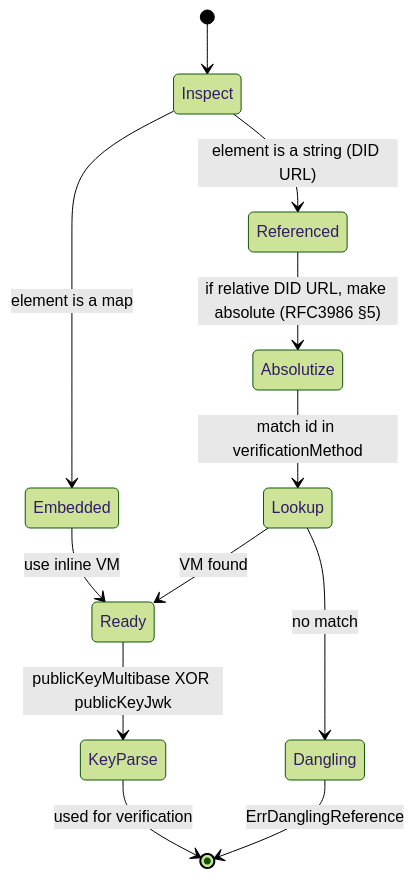
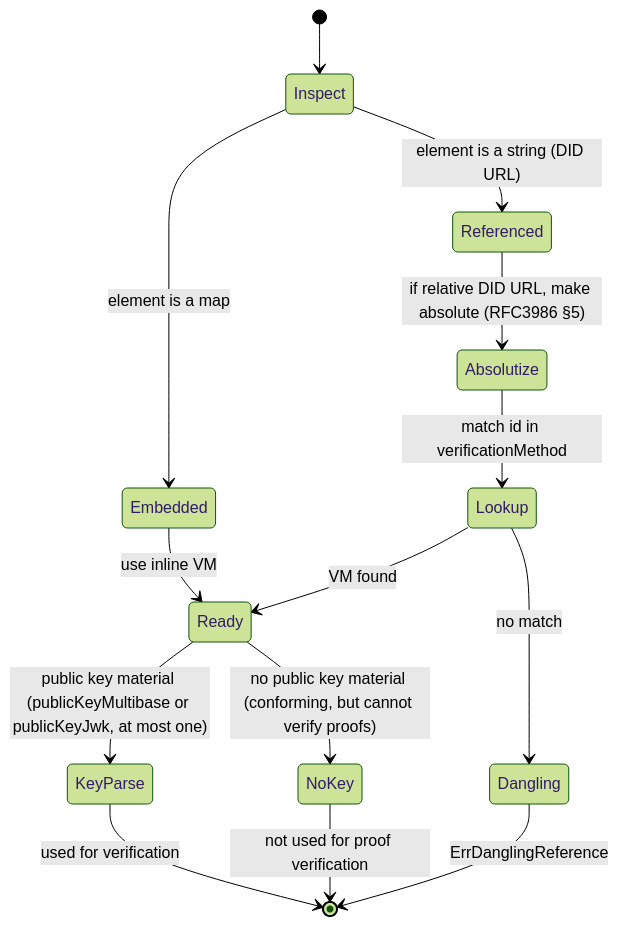
One commit to SAGE-X-project/did-go changed the fifth of 5 diagrams in docs/04-state-diagrams.md. Above: the diagram before and after it, drawn with Mermaid (forest theme). The commit also changed other lines of this file and 13 other files, not shown here.

````diff
--- a/docs/04-state-diagrams.md
+++ b/docs/04-state-diagrams.md
@@ -137,14 +143,16 @@
 ```mermaid
 stateDiagram-v2
     [*] --> Inspect
     Inspect --> Embedded: element is a map
     Inspect --> Referenced: element is a string (DID URL)
     Embedded --> Ready: use inline VM
     Referenced --> Absolutize: if relative DID URL, make absolute (RFC3986 §5)
     Absolutize --> Lookup: match id in verificationMethod
     Lookup --> Dangling: no match
     Lookup --> Ready: VM found
-    Ready --> KeyParse: publicKeyMultibase XOR publicKeyJwk
+    Ready --> KeyParse: public key material (publicKeyMultibase or publicKeyJwk, at most one)
+    Ready --> NoKey: no public key material (conforming, but cannot verify proofs)
     KeyParse --> [*]: used for verification
+    NoKey --> [*]: not used for proof verification
     Dangling --> [*]: ErrDanglingReference
 ```
````
